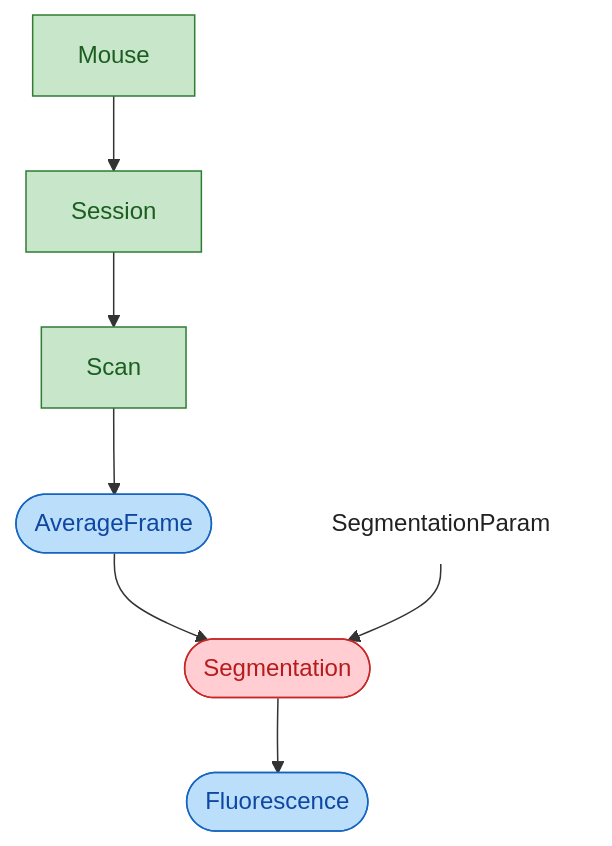
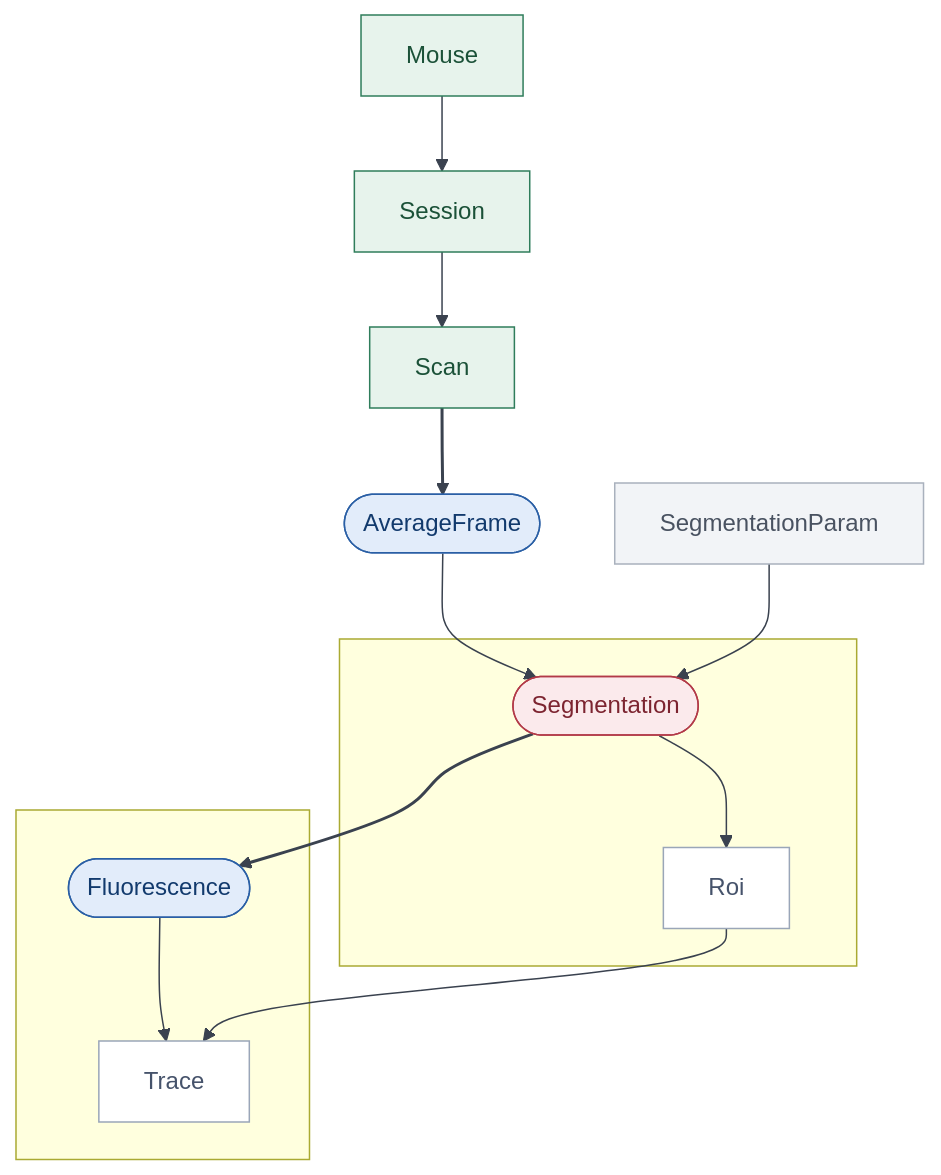
The diagram in src/explanation/relational-workflow-model.md (datajoint/datajoint-docs), drawn with Mermaid before and after one commit. The commit also changed other lines of this file, not shown here.

Commit message:
docs(rwm): modernize intro figure to dj.Diagram notation + Part tables
Redraw the worked-example diagram on the Relational Workflow Model page in the
current dj.Diagram/Mermaid notation: modernized tier palette with colored
strokes, edge thickness encoding cardinality (thick 1:1, thin one-to-many), and
master-part entity grouping. Segmentation now has a Part table Roi and
Fluorescence a Part table Trace (one trace per Roi), so the figure exercises the
master-part notation. Update the notation description and prose to match.

````diff
--- a/src/explanation/relational-workflow-model.md
+++ b/src/explanation/relational-workflow-model.md
@@ -21,18 +24,37 @@
 ```mermaid
 graph TD
+    classDef manual    fill:#E7F3EC,stroke:#2F7D5B,color:#1B5138;
+    classDef lookup    fill:#F2F4F7,stroke:#A9B1BD,color:#495261;
+    classDef imported  fill:#E2ECFA,stroke:#2A5FA5,color:#123A6D;
+    classDef computed  fill:#FBEAEC,stroke:#B23A48,color:#7C2430;
+    classDef part      fill:#FFFFFF,stroke:#9AA6B8,color:#46536B;
+
     Mouse["Mouse"]:::manual
     Session["Session"]:::manual
     Scan["Scan"]:::manual
     SegParam["SegmentationParam"]:::lookup
     AvgFrame(["AverageFrame"]):::imported
-    Segmentation(["Segmentation"]):::computed
-    Fluorescence(["Fluorescence"]):::imported
 
-    Mouse --> Session --> Scan --> AvgFrame --> Segmentation --> Fluorescence
+    subgraph seg [" "]
+      Segmentation(["Segmentation"]):::computed
+      Roi["Roi"]:::part
+    end
+    subgraph fluo [" "]
+      Fluorescence(["Fluorescence"]):::imported
+      Trace["Trace"]:::part
+    end
+
+    Mouse --> Session
+    Session --> Scan
+    Scan --> AvgFrame
+    AvgFrame --> Segmentation
     SegParam --> Segmentation
+    Segmentation --> Roi
+    Segmentation --> Fluorescence
+    Fluorescence --> Trace
+    Roi --> Trace
 
-    classDef manual    fill:#c8e6c9,stroke:#2e7d32,color:#1b5e20;
-    classDef lookup    fill:none,stroke:none,color:#212121;
-    classDef imported  fill:#bbdefb,stroke:#1565c0,color:#0d47a1;
-    classDef computed  fill:#ffcdd2,stroke:#c62828,color:#b71c1c;
+    %% edge thickness = cardinality: thick 1:1, thin one-to-many
+    linkStyle 0,1,3,4,5,7,8 stroke:#3A424F,stroke-width:1px;
+    linkStyle 2,6 stroke:#3A424F,stroke-width:2px;
 ```
````
